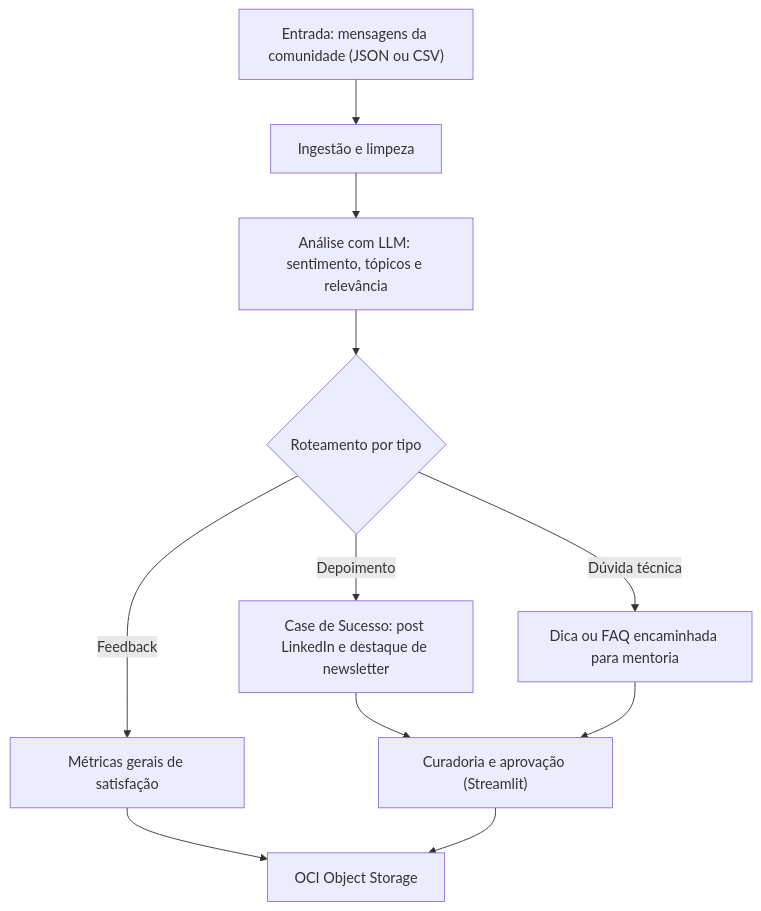
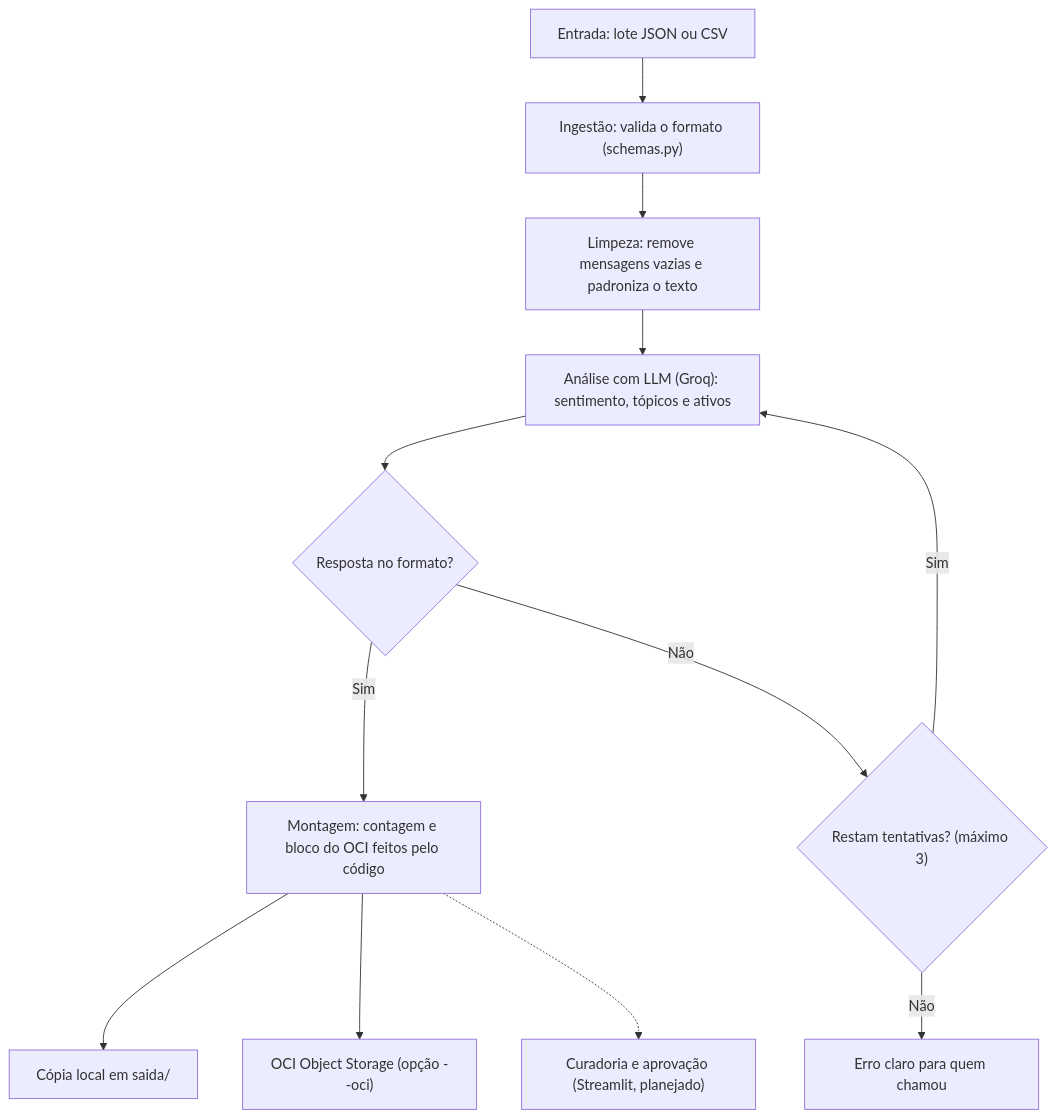
Before and after one commit to No-Country-simulation/G10-Brasil-equipo12-CommunityLab: the diagram in README.md, drawn with Mermaid. The commit also changed other lines of this file, not shown here.

Commit message:
docs: atualiza o readme com o formato final e o guia

````diff
--- a/README.md
+++ b/README.md
@@ -59,13 +59,14 @@
 ```mermaid
 graph TD
-    A["Entrada: mensagens da comunidade (JSON ou CSV)"] --> B["Ingestão e limpeza"]
-    B --> C["Análise com LLM: sentimento, tópicos e relevância"]
-    C --> D{"Roteamento por tipo"}
-    D -->|Depoimento| E["Case de Sucesso: post LinkedIn e destaque de newsletter"]
-    D -->|Dúvida técnica| F["Dica ou FAQ encaminhada para mentoria"]
-    D -->|Feedback| G["Métricas gerais de satisfação"]
-    E --> H["Curadoria e aprovação (Streamlit)"]
-    F --> H
-    G --> I["OCI Object Storage"]
-    H --> I
+    A["Entrada: lote JSON ou CSV"] --> B["Ingestão: valida o formato (schemas.py)"]
+    B --> C["Limpeza: remove mensagens vazias e padroniza o texto"]
+    C --> D["Análise com LLM (Groq): sentimento, tópicos e ativos"]
+    D --> E{"Resposta no formato?"}
+    E -->|Sim| F["Montagem: contagem e bloco do OCI feitos pelo código"]
+    E -->|Não| R{"Restam tentativas? (máximo 3)"}
+    R -->|Sim| D
+    R -->|Não| X["Erro claro para quem chamou"]
+    F --> G["Cópia local em saida/"]
+    F --> H["OCI Object Storage (opção --oci)"]
+    F -.-> I["Curadoria e aprovação (Streamlit, planejado)"]
 ```
````
